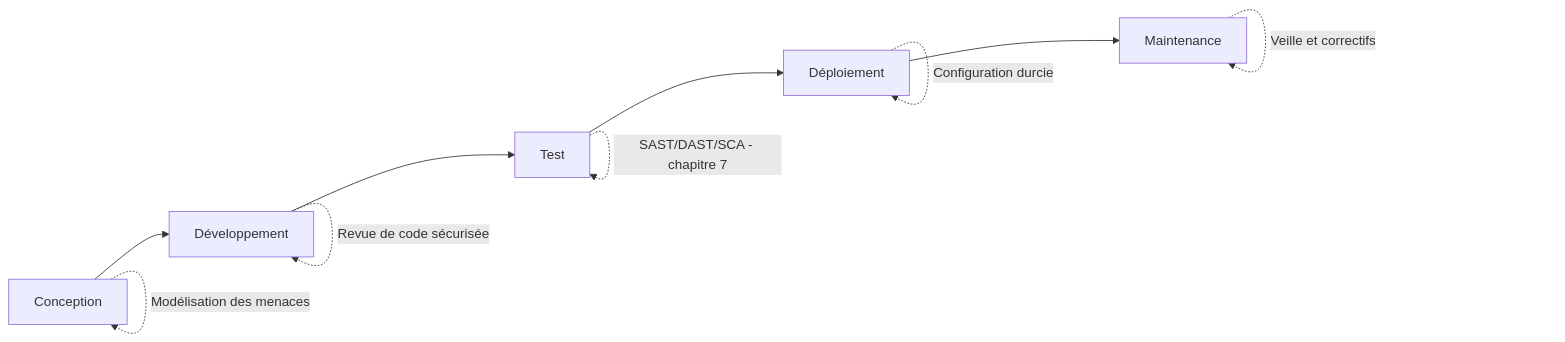
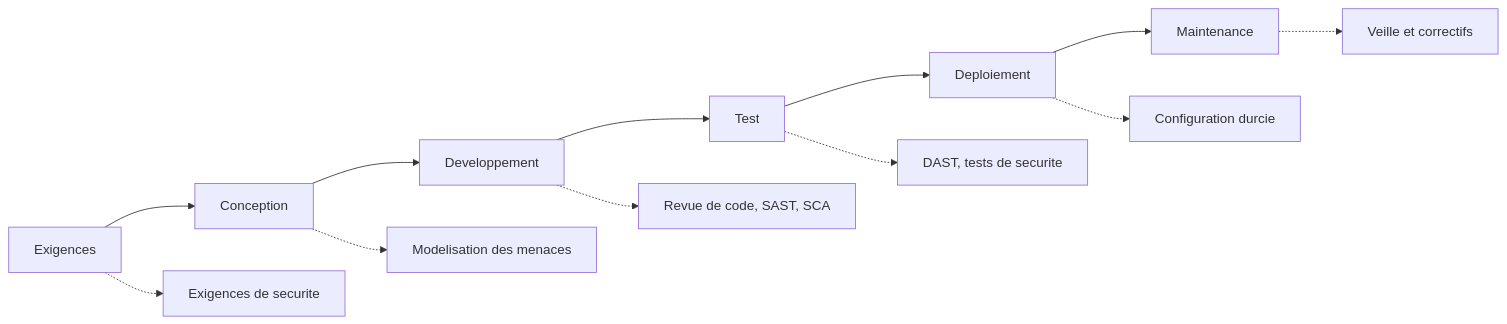
The first of 2 diagrams in content/courses/securite-applications-api/01-cycle-developpement-securise-modelisation-menaces.md (AureDulvresse/nyx), drawn with Mermaid before and after one commit. The commit also changed other lines of this file and 167 other files, not shown here.

````diff
--- a/content/courses/securite-applications-api/01-cycle-developpement-securise-modelisation-menaces.md
+++ b/content/courses/securite-applications-api/01-cycle-developpement-securise-modelisation-menaces.md
@@ -25,12 +30,14 @@
 ```mermaid
-graph LR
-    A[Conception] --> B[Développement]
-    B --> C[Test]
-    C --> D[Déploiement]
-    D --> E[Maintenance]
-    A -.Modélisation des menaces.-> A
-    B -.Revue de code sécurisée.-> B
-    C -.SAST/DAST/SCA - chapitre 7.-> C
-    D -.Configuration durcie.-> D
-    E -.Veille et correctifs.-> E
+flowchart LR
+    A["Exigences"] --> B["Conception"]
+    B --> C["Developpement"]
+    C --> D["Test"]
+    D --> E["Deploiement"]
+    E --> F["Maintenance"]
+    A -.-> A1["Exigences de securite"]
+    B -.-> B1["Modelisation des menaces"]
+    C -.-> C1["Revue de code, SAST, SCA"]
+    D -.-> D1["DAST, tests de securite"]
+    E -.-> E1["Configuration durcie"]
+    F -.-> F1["Veille et correctifs"]
 ```
````
